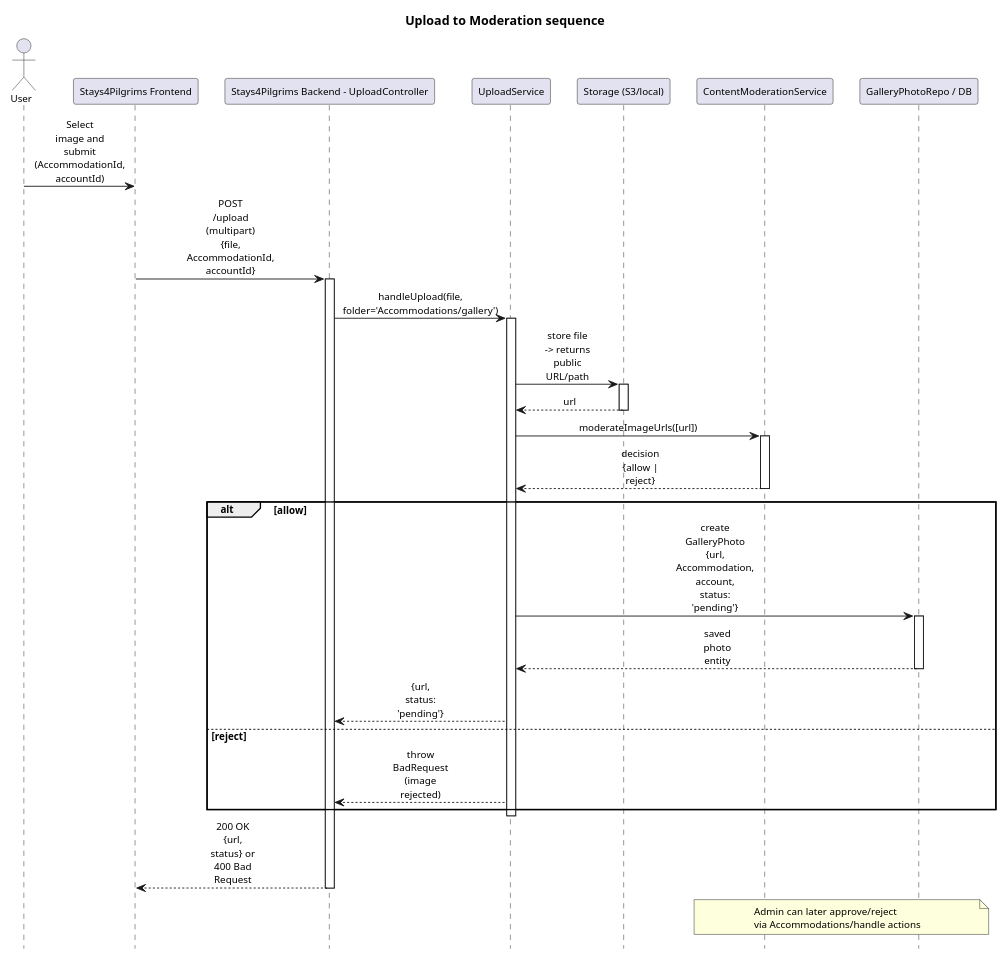
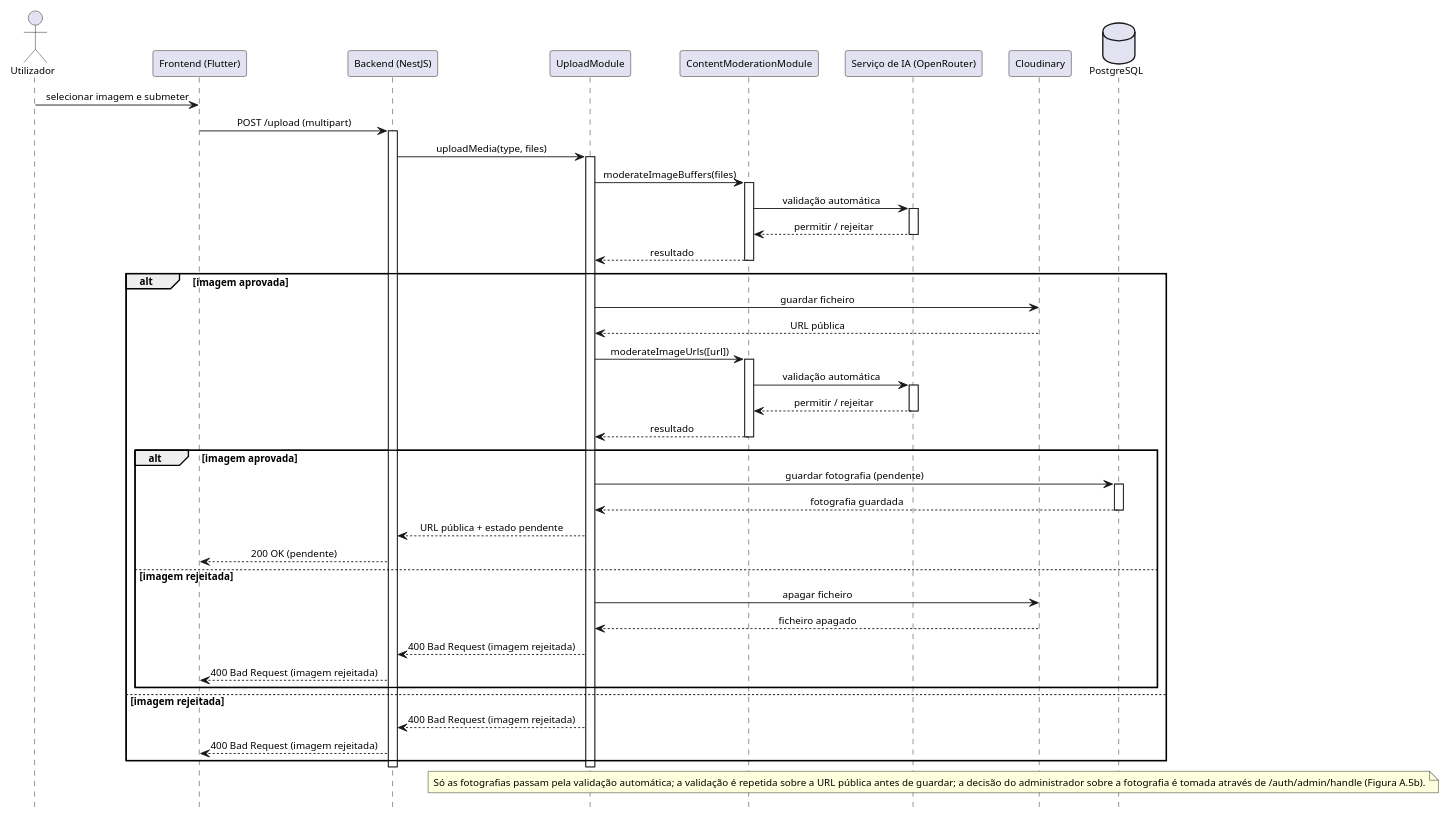
The diagram in docs/diagrams/sequence-upload-moderation.puml (alegna83/cookbook-be), drawn with PlantUML before and after one commit. The commit also changed 1 other file, not shown here.

Commit message:
sequence upload moderation

```diff
--- a/docs/diagrams/sequence-upload-moderation.puml
+++ b/docs/diagrams/sequence-upload-moderation.puml
@@ -1,50 +1,68 @@
 @startuml
-title Upload to Moderation sequence
 scale 0.85
 hide footbox
 skinparam defaultFontName Arial
 skinparam defaultFontSize 11
-skinparam maxMessageSize 55
+skinparam maxMessageSize 200
 skinparam sequence {
   ParticipantPadding 10
   BoxPadding 8
   MessageAlign center
   ArrowThickness 1
 }
-actor User
-participant "Stays4Pilgrims Frontend" as FE
-participant "Stays4Pilgrims Backend - UploadController" as API
-participant "UploadService" as UP
-participant "Storage (S3/local)" as STORAGE
-participant "ContentModerationService" as MOD
-participant "GalleryPhotoRepo / DB" as GDB
+actor Utilizador
+participant "Frontend (Flutter)" as FE
+participant "Backend (NestJS)" as API
+participant "UploadModule" as UP
+participant "ContentModerationModule" as MOD
+participant "Serviço de IA (OpenRouter)" as AI
+participant "Cloudinary" as Cloudinary
+database "PostgreSQL" as DB
 
-User -> FE: Select image and submit\n(AccommodationId, accountId)
-FE -> API: POST /upload (multipart)\n{file, AccommodationId, accountId}
+Utilizador -> FE: selecionar imagem e submeter
+FE -> API: POST /upload (multipart)
 activate API
-API -> UP: handleUpload(file, folder='Accommodations/gallery')
+API -> UP: uploadMedia(type, files)
 activate UP
-UP -> STORAGE: store file -> returns public URL/path
-activate STORAGE
-STORAGE --> UP: url
-deactivate STORAGE
-UP -> MOD: moderateImageUrls([url])
+UP -> MOD: moderateImageBuffers(files)
 activate MOD
-MOD --> UP: decision {allow | reject}
+MOD -> AI: validação automática
+activate AI
+AI --> MOD: permitir / rejeitar
+deactivate AI
+MOD --> UP: resultado
 deactivate MOD
-alt allow
-  UP -> GDB: create GalleryPhoto {url, Accommodation, account, status: 'pending'}
-  activate GDB
-  GDB --> UP: saved photo entity
-  deactivate GDB
-  UP --> API: {url, status: 'pending'}
-else reject
-  UP --> API: throw BadRequest (image rejected)
+alt imagem aprovada
+  UP -> Cloudinary: guardar ficheiro
+  Cloudinary --> UP: URL pública
+  UP -> MOD: moderateImageUrls([url])
+  activate MOD
+  MOD -> AI: validação automática
+  activate AI
+  AI --> MOD: permitir / rejeitar
+  deactivate AI
+  MOD --> UP: resultado
+  deactivate MOD
+  alt imagem aprovada
+    UP -> DB: guardar fotografia (pendente)
+    activate DB
+    DB --> UP: fotografia guardada
+    deactivate DB
+    UP --> API: URL pública + estado pendente
+    API --> FE: 200 OK (pendente)
+  else imagem rejeitada
+    UP -> Cloudinary: apagar ficheiro
+    Cloudinary --> UP: ficheiro apagado
+    UP --> API: 400 Bad Request (imagem rejeitada)
+    API --> FE: 400 Bad Request (imagem rejeitada)
+  end
+else imagem rejeitada
+  UP --> API: 400 Bad Request (imagem rejeitada)
+  API --> FE: 400 Bad Request (imagem rejeitada)
 end
 deactivate UP
-API --> FE: 200 OK {url, status} or 400 Bad Request
 deactivate API
 
-note over GDB,MOD: Admin can later approve/reject\nvia Accommodations/handle actions
+note over MOD,DB: Só as fotografias passam pela validação automática; a validação é repetida sobre a URL pública antes de guardar; a decisão do administrador sobre a fotografia é tomada através de /auth/admin/handle (Figura A.5b).
 
 @enduml
```
